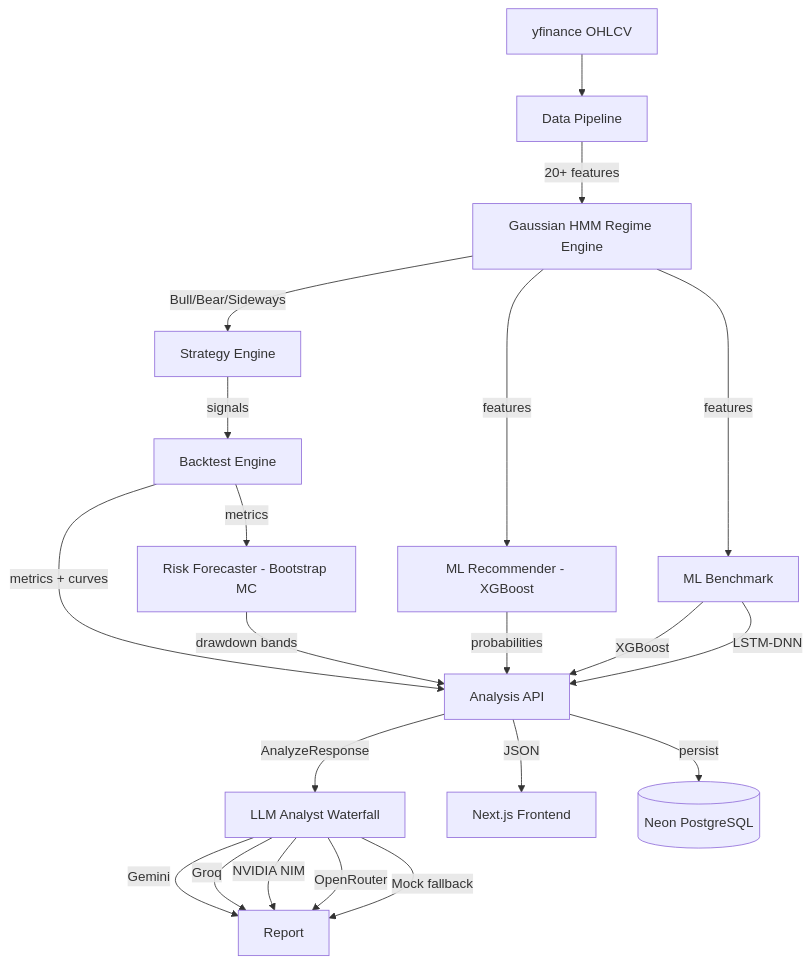
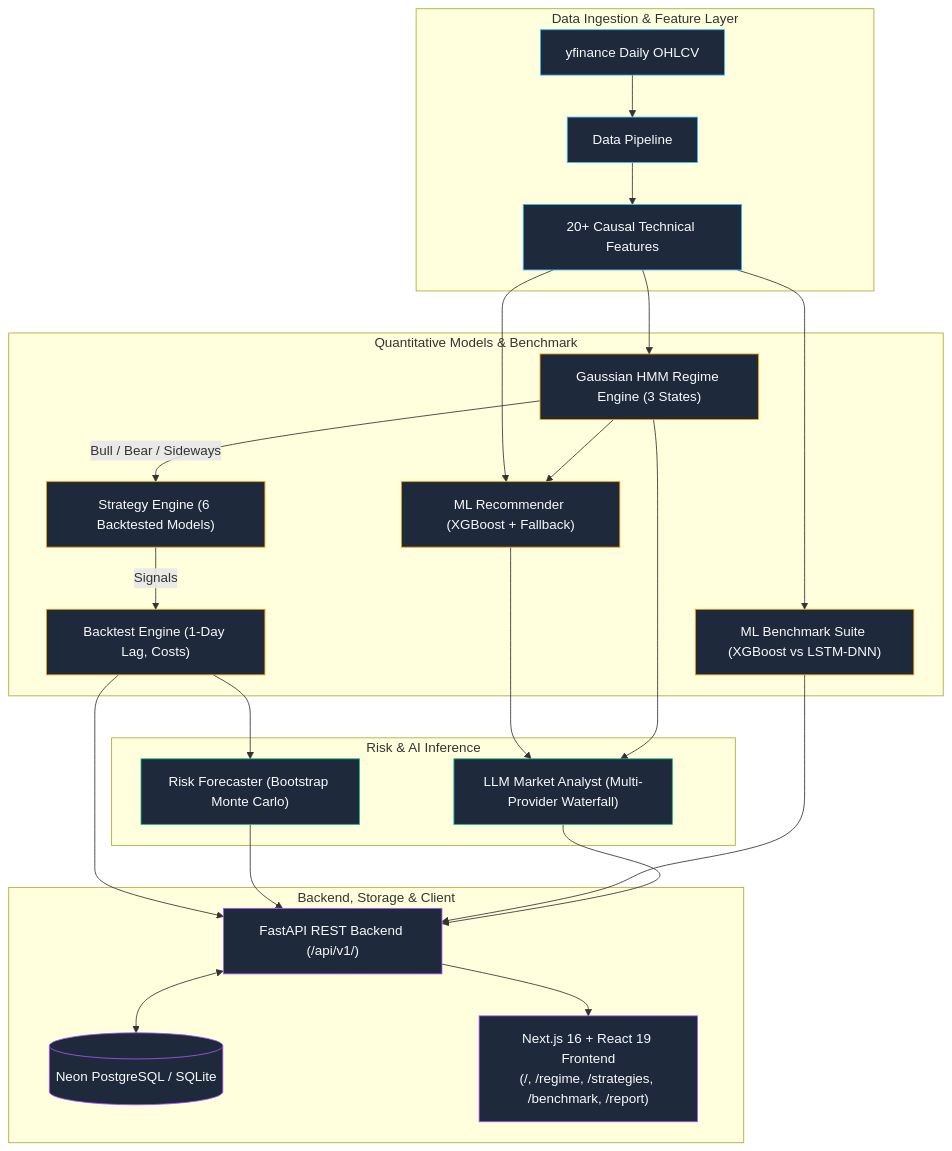
The diagram in ABOUT.md (jayadityadev/indian-market-portfolio), drawn with Mermaid before and after one commit. The commit also changed 1 other file, not shown here.

Commit message:
docs: convert architecture diagrams in README and ABOUT to styled Mermaid flowcharts

````diff
--- a/ABOUT.md
+++ b/ABOUT.md
@@ -88,23 +88,41 @@
 ```mermaid
-graph TD
-    A[yfinance OHLCV] --> B[Data Pipeline]
-    B --> |20+ features| C[Gaussian HMM Regime Engine]
-    C --> |Bull/Bear/Sideways| D[Strategy Engine]
-    D --> |signals| E[Backtest Engine]
-    E --> |metrics + curves| F[Analysis API]
-    C --> |features| G[ML Recommender - XGBoost]
-    G --> |probabilities| F
-    C --> |features| H[ML Benchmark]
-    H --> |XGBoost| F
-    H --> |LSTM-DNN| F
-    E --> |metrics| I[Risk Forecaster - Bootstrap MC]
-    I --> |drawdown bands| F
-    F --> |AnalyzeResponse| J[LLM Analyst Waterfall]
-    J --> |Gemini| K[Report]
-    J --> |Groq| K
-    J --> |NVIDIA NIM| K
-    J --> |OpenRouter| K
-    J --> |Mock fallback| K
-    F --> |JSON| L[Next.js Frontend]
-    F --> |persist| M[(Neon PostgreSQL)]
+flowchart TD
+    subgraph Ingestion["Data Ingestion & Feature Layer"]
+        A["yfinance Daily OHLCV"] --> B["Data Pipeline"]
+        B --> FE["20+ Causal Technical Features"]
+    end
+
+    subgraph Modeling["Quantitative Models & Benchmark"]
+        FE --> C["Gaussian HMM Regime Engine (3 States)"]
+        C -->|Bull / Bear / Sideways| D["Strategy Engine (6 Backtested Models)"]
+        D -->|Signals| E["Backtest Engine (1-Day Lag, Costs)"]
+        FE --> G["ML Recommender (XGBoost + Fallback)"]
+        C --> G
+        FE --> H["ML Benchmark Suite (XGBoost vs LSTM-DNN)"]
+    end
+
+    subgraph Inference["Risk & AI Inference"]
+        E --> I["Risk Forecaster (Bootstrap Monte Carlo)"]
+        G --> J["LLM Market Analyst (Multi-Provider Waterfall)"]
+        C --> J
+    end
+
+    subgraph Service["Backend, Storage & Client"]
+        E --> API["FastAPI REST Backend (/api/v1/)"]
+        I --> API
+        H --> API
+        J --> API
+        API <--> M[("Neon PostgreSQL / SQLite")]
+        API --> UI["Next.js 16 + React 19 Frontend<br/>(/, /regime, /strategies, /benchmark, /report)"]
+    end
+
+    classDef ing fill:#1e293b,stroke:#38bdf8,stroke-width:1px,color:#f8fafc;
+    classDef mod fill:#1e293b,stroke:#f59e0b,stroke-width:1px,color:#f8fafc;
+    classDef inf fill:#1e293b,stroke:#10b981,stroke-width:1px,color:#f8fafc;
+    classDef srv fill:#1e293b,stroke:#a855f7,stroke-width:1px,color:#f8fafc;
+
+    class A,B,FE ing;
+    class C,D,E,G,H mod;
+    class I,J inf;
+    class API,M,UI srv;
 ```
````
